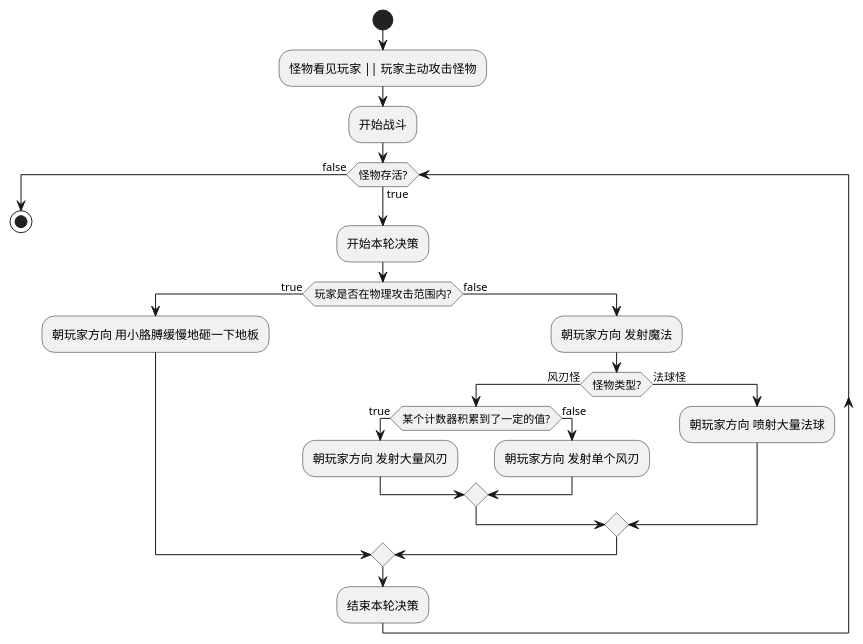
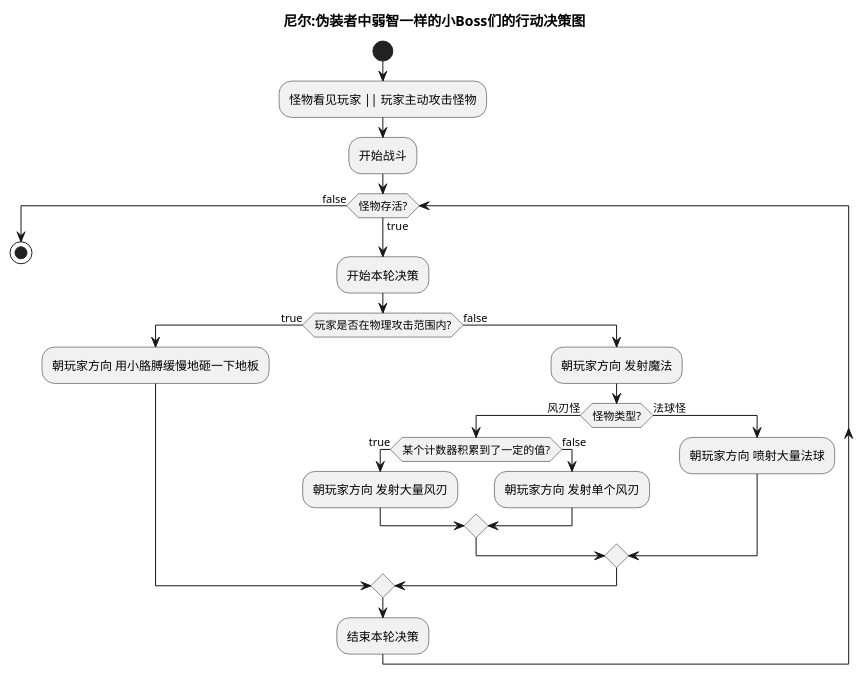
One commit to XenoAmess/XenoAmessBlog changed the diagram in _posts/20210504尼尔_伪装者测评.md. Above: the diagram before and after it, drawn with PlantUML. The commit also changed 2 other files, not shown here.

````diff
--- a/_posts/20210504尼尔_伪装者测评.md
+++ b/_posts/20210504尼尔_伪装者测评.md
@@ -88,30 +88,32 @@
 ```plantuml
 @startuml
 'https://plantuml.com/activity-diagram-beta
+
+title 尼尔:伪装者中弱智一样的小Boss们的行动决策图
 
 start
 
 :怪物看见玩家 || 玩家主动攻击怪物;
 :开始战斗;
 while (怪物存活?) is (true)
 :开始本轮决策;
 if (玩家是否在物理攻击范围内?) then (true)
 :朝玩家方向 用小胳膊缓慢地砸一下地板;
 else (false)
 :朝玩家方向 发射魔法;
 if (怪物类型?) then (风刃怪)
 if (某个计数器积累到了一定的值?) then (true)
 :朝玩家方向 发射大量风刃;
 else (false)
 :朝玩家方向 发射单个风刃;
 endif
 else (法球怪)
 :朝玩家方向 喷射大量法球;
 endif
 endif
 :结束本轮决策;
 endwhile (false)
 stop
 
 @enduml
 ```
````
